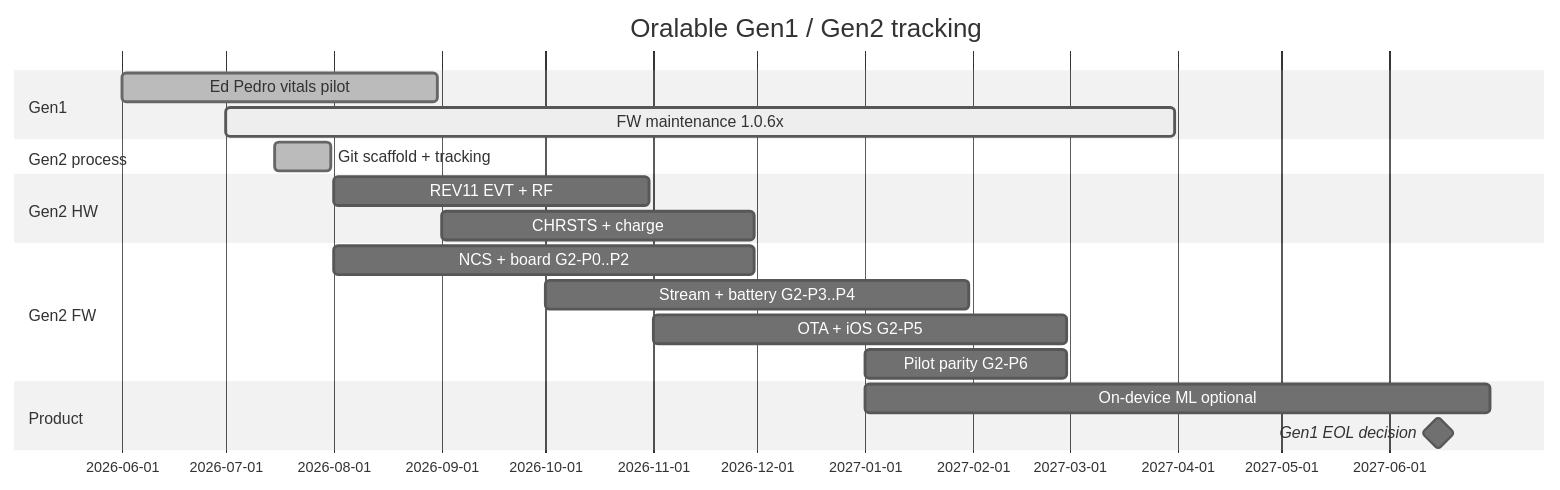
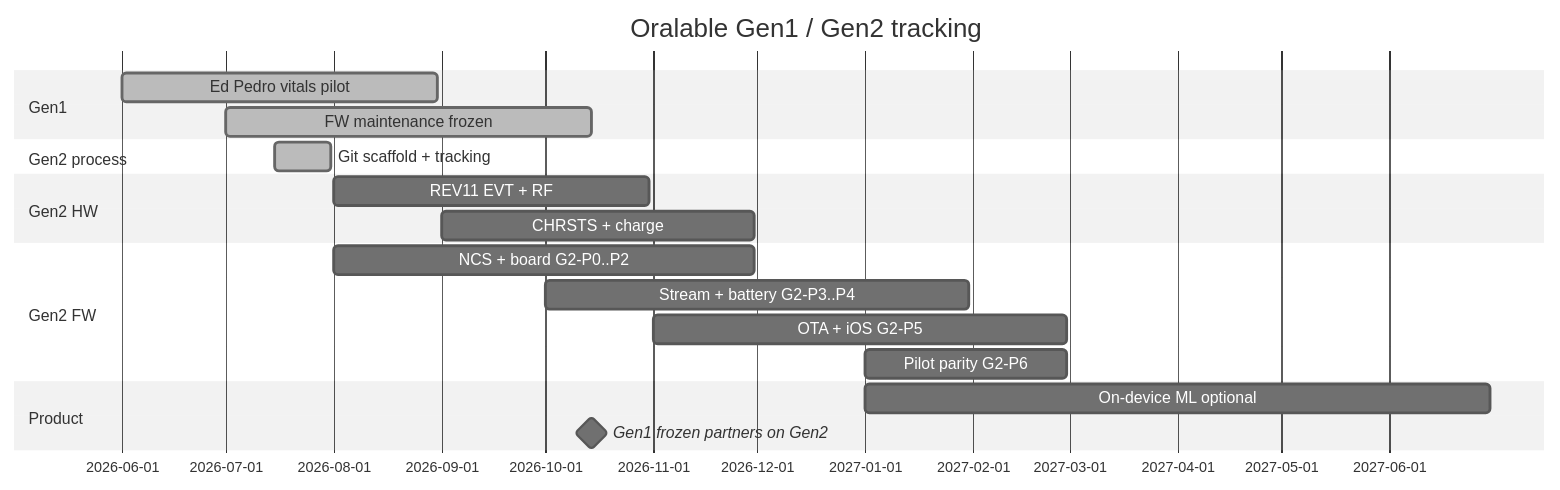
One commit to johnacogan67/cursor_oralable changed the diagram in docs/GEN1_GEN2_TRACKING.md. Above: the diagram before and after it, drawn with Mermaid (neutral theme). The commit also changed other lines of this file and 1 other file, not shown here.

First line of the commit message:
Record the reviewed Gen 2 gates and the 2.0.6 release flag.

````diff
--- a/docs/GEN1_GEN2_TRACKING.md
+++ b/docs/GEN1_GEN2_TRACKING.md
@@ -63,21 +67,21 @@
 ```mermaid
 gantt
     title Oralable Gen1 / Gen2 tracking
     dateFormat YYYY-MM-DD
     section Gen1
     Ed Pedro vitals pilot           :done, g1a, 2026-06-01, 2026-08-31
-    FW maintenance 1.0.6x           :active, g1b, 2026-07-01, 2027-03-31
+    FW maintenance frozen           :done, g1b, 2026-07-01, 2026-10-14
     section Gen2 process
     Git scaffold + tracking         :done, g2s, 2026-07-15, 2026-07-31
     section Gen2 HW
     REV11 EVT + RF                  :g2a, 2026-08-01, 2026-10-31
     CHRSTS + charge                 :g2b, 2026-09-01, 2026-11-30
     section Gen2 FW
     NCS + board G2-P0..P2           :g2c, 2026-08-01, 2026-11-30
     Stream + battery G2-P3..P4      :g2d, 2026-10-01, 2027-01-31
     OTA + iOS G2-P5                 :g2e, 2026-11-01, 2027-02-28
     Pilot parity G2-P6              :g2f, 2027-01-01, 2027-02-28
     section Product
     On-device ML optional           :g2m, 2027-01-01, 2027-06-30
-    Gen1 EOL decision               :milestone, g2g, 2027-06-15, 0d
+    Gen1 frozen partners on Gen2    :milestone, g2g, 2026-10-14, 0d
 ```
````
